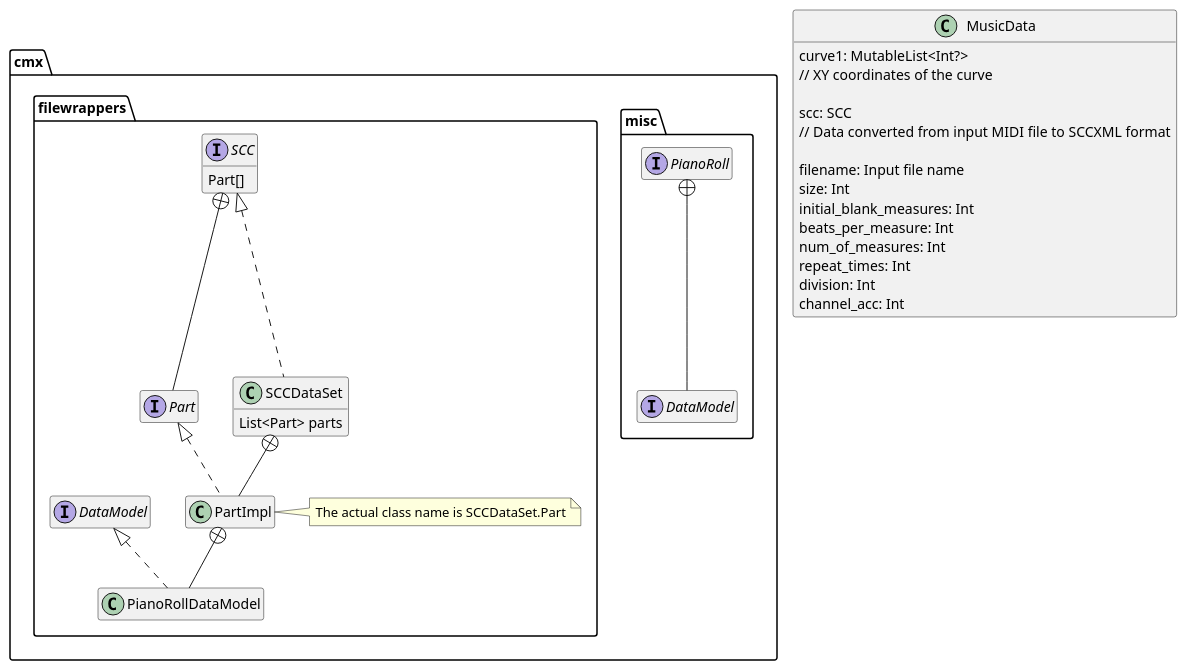
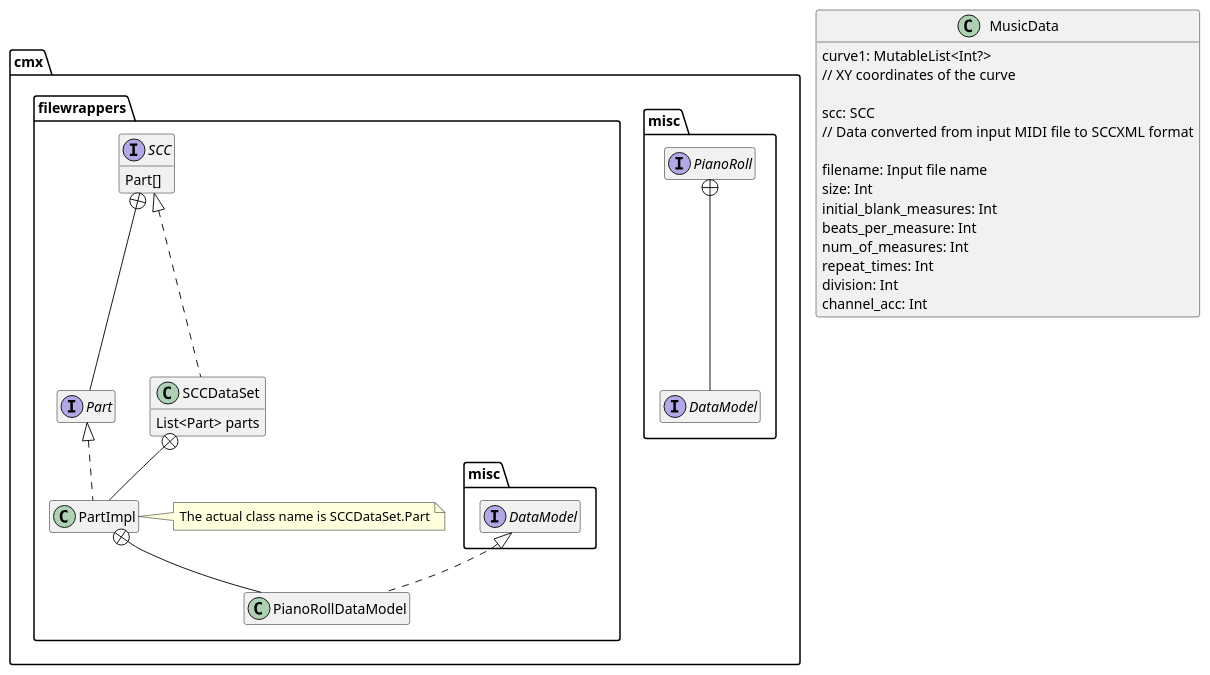
Before and after one commit to fujiij/plantuml: the diagram in diagrams/test3.puml, drawn with PlantUML.

```diff
--- a/diagrams/test3.puml
+++ b/diagrams/test3.puml
@@ -1,49 +1,49 @@
 @startuml
 'https://plantuml.com/class-diagram
 hide empty members
 
 class MusicData {
     curve1: MutableList<Int?>
     // XY coordinates of the curve
 
     scc: SCC
     // Data converted from input MIDI file to SCCXML format
 
     filename: Input file name
     size: Int
     initial_blank_measures: Int
     beats_per_measure: Int
     num_of_measures: Int
     repeat_times: Int
     division: Int
     channel_acc: Int
 }
 
 package "cmx" {
     package "misc" {
         interface PianoRoll {
         }
         interface DataModel
         PianoRoll +-- DataModel
     }
     package "filewrappers" {
         interface SCC {
             Part[]
         }
         interface Part
         SCC +-- Part
         class SCCDataSet implements SCC {
             List<Part> parts
         }
         class PartImpl implements Part
         SCCDataSet +-- PartImpl
         note right of PartImpl
             The actual class name is SCCDataSet.Part
         end note
 
-        class PianoRollDataModel implements DataModel
+        class PianoRollDataModel implements misc.DataModel
         PartImpl +-- PianoRollDataModel
     }
 }
 
 @enduml
```
